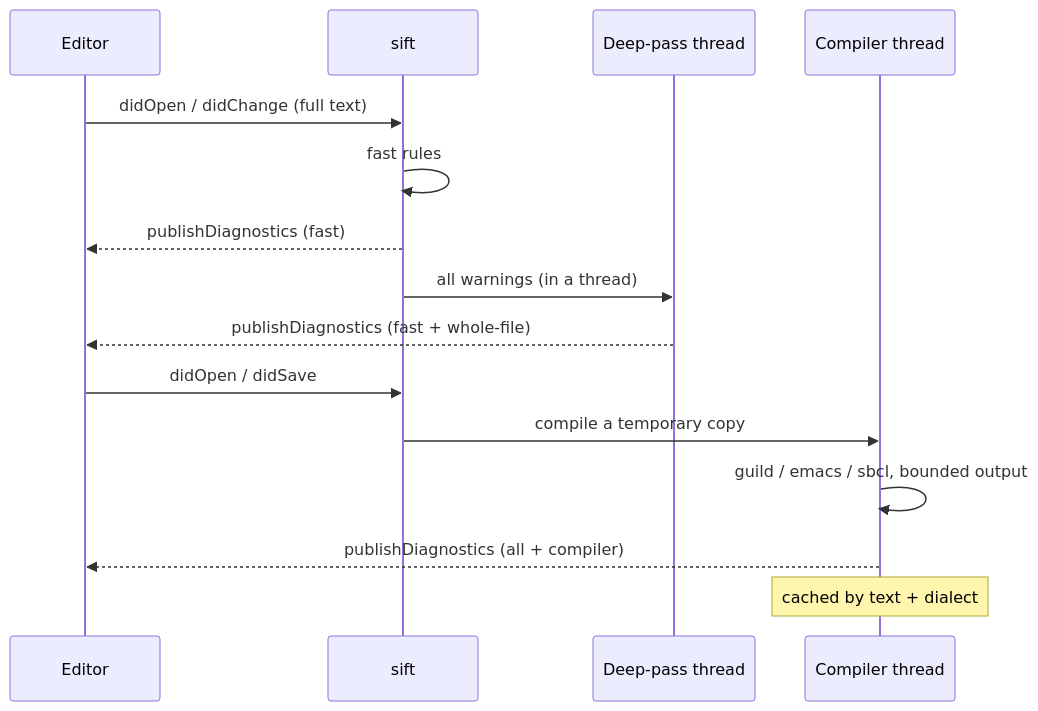
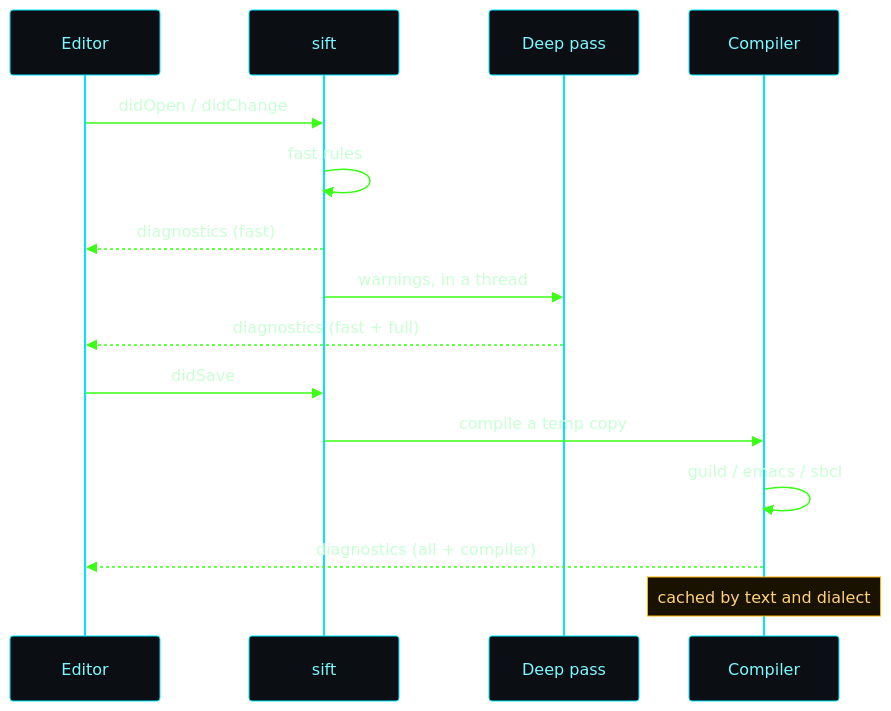
Before and after one commit to jjba23/sift: the second of 5 diagrams in doc/diagrams.md, drawn with Mermaid. The commit also changed other lines of this file and 4 other files, not shown here.

First line of the commit message:
docs(diagrams): draw them as a terminal, on a tight grid

````diff
--- a/doc/diagrams.md
+++ b/doc/diagrams.md
@@ -42,17 +68,18 @@
 ```mermaid
+%%{init: {"theme": "base", "themeVariables": {"darkMode": true, "fontFamily": "monospace", "fontSize": "13px", "background": "#05070a", "mainBkg": "#05070a", "primaryColor": "#05070a", "primaryTextColor": "#39ff14", "primaryBorderColor": "#39ff14", "secondaryColor": "#0b0f14", "tertiaryColor": "#0b0f14", "lineColor": "#39ff14", "textColor": "#c9ffd4", "edgeLabelBackground": "#05070a", "clusterBkg": "#0b0f14", "clusterBorder": "#00e5ff", "actorBkg": "#0b0f14", "actorBorder": "#00e5ff", "actorTextColor": "#7df9ff", "actorLineColor": "#00e5ff", "signalColor": "#39ff14", "signalTextColor": "#c9ffd4", "labelBoxBkgColor": "#0b0f14", "labelBoxBorderColor": "#39ff14", "labelTextColor": "#39ff14", "loopTextColor": "#c9ffd4", "noteBkgColor": "#1a1200", "noteBorderColor": "#ffb000", "noteTextColor": "#ffd27d", "activationBkgColor": "#001a0f", "activationBorderColor": "#39ff14"}}}%%
 sequenceDiagram
     participant E as Editor
     participant S as sift
-    participant D as Deep-pass thread
-    participant C as Compiler thread
-    E->>S: didOpen / didChange (full text)
+    participant D as Deep pass
+    participant C as Compiler
+    E->>S: didOpen / didChange
     S->>S: fast rules
-    S-->>E: publishDiagnostics (fast)
-    S->>D: all warnings (in a thread)
-    D-->>E: publishDiagnostics (fast + whole-file)
-    E->>S: didOpen / didSave
-    S->>C: compile a temporary copy
-    C->>C: guild / emacs / sbcl, bounded output
-    C-->>E: publishDiagnostics (all + compiler)
-    Note over C: cached by text + dialect
+    S-->>E: diagnostics (fast)
+    S->>D: warnings, in a thread
+    D-->>E: diagnostics (fast + full)
+    E->>S: didSave
+    S->>C: compile a temp copy
+    C->>C: guild / emacs / sbcl
+    C-->>E: diagnostics (all + compiler)
+    Note over C: cached by text and dialect
 ```
````
